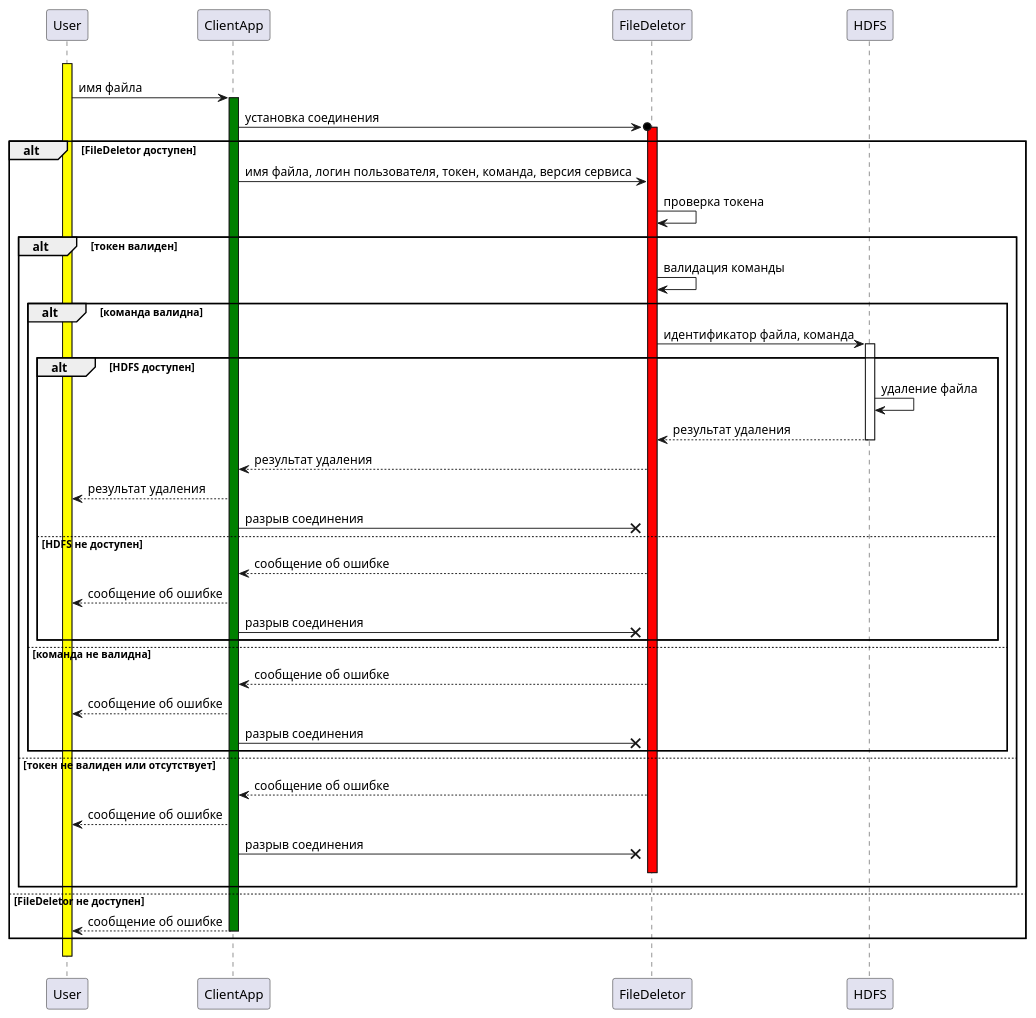
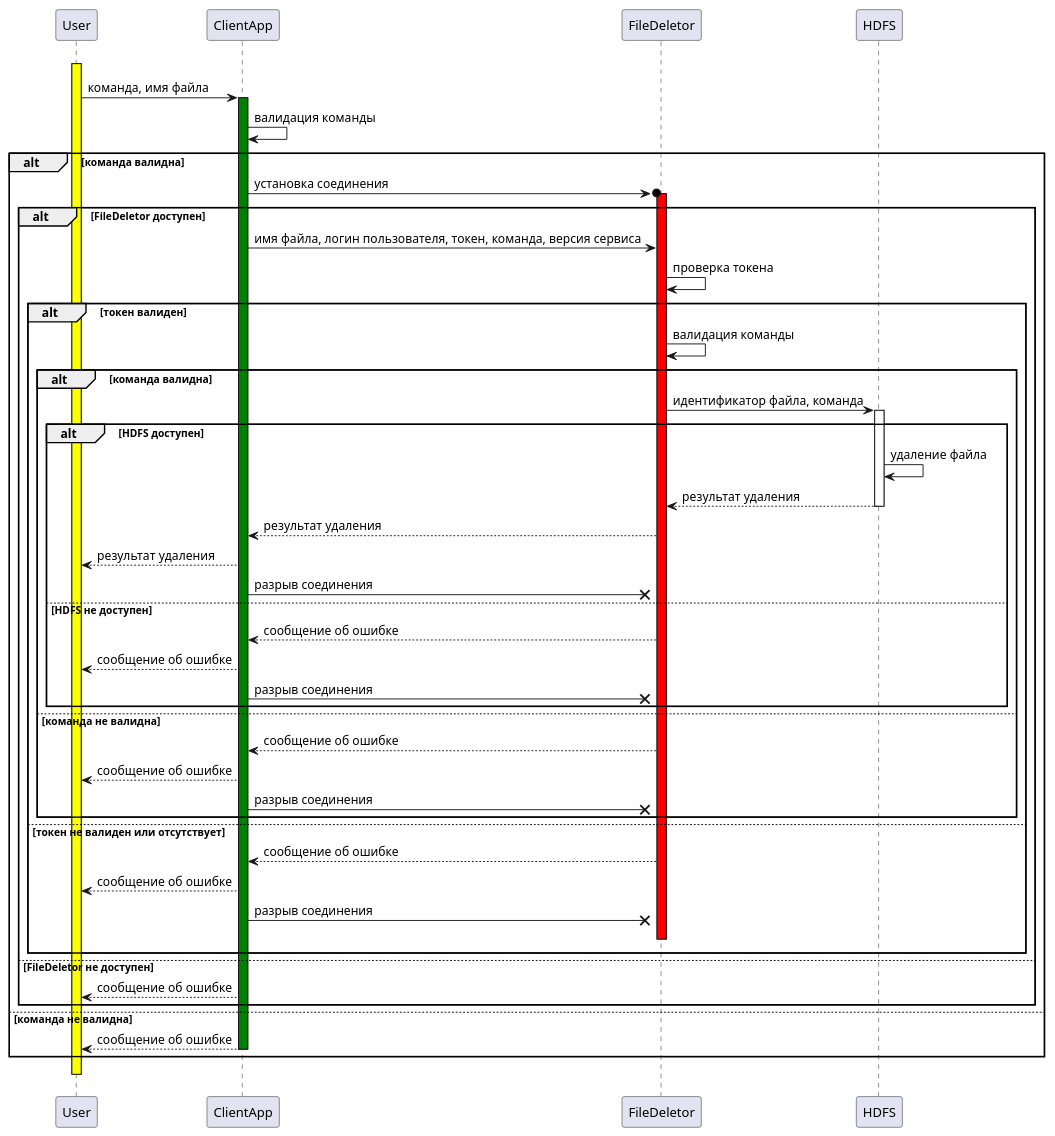
Before and after one commit to sberdyshev/java-file-handling: the diagram in docs/uml/sequence diagrams/deleteFileSequenceDiagram.puml, drawn with PlantUML. The commit also changed 5 other files, not shown here.

Commit message:
Added command format description, fixed diagrams

```diff
--- a/docs/uml/sequence diagrams/deleteFileSequenceDiagram.puml
+++ b/docs/uml/sequence diagrams/deleteFileSequenceDiagram.puml
@@ -1,42 +1,46 @@
 @startuml
 
 User -[hidden]-> User ++ #yellow
-User -> ClientApp ++ #green: имя файла
-ClientApp ->o FileDeletor ++ #red: установка соединения
+User -> ClientApp ++ #green: команда, имя файла
+ClientApp -> ClientApp: валидация команды
 
-
-alt FileDeletor доступен
-  ClientApp -> FileDeletor: имя файла, логин пользователя, токен, команда, версия сервиса
-  FileDeletor -> FileDeletor: проверка токена
-    alt токен валиден
-      FileDeletor -> FileDeletor: валидация команды
-      alt команда валидна
-        FileDeletor -> HDFS ++ #white: идентификатор файла, команда
-        alt HDFS доступен
-          HDFS -> HDFS: удаление файла
-          HDFS --> FileDeletor  -- #white: результат удаления
-          FileDeletor --> ClientApp: результат удаления
-          ClientApp --> User: результат удаления
-          ClientApp ->x FileDeletor: разрыв соединения
-        else HDFS не доступен
-          FileDeletor --> ClientApp: сообщение об ошибке
-          ClientApp --> User: сообщение об ошибке
-          ClientApp ->x FileDeletor: разрыв соединения
-        end
+alt команда валидна
+  ClientApp ->o FileDeletor ++ #red: установка соединения
+  alt FileDeletor доступен
+      ClientApp -> FileDeletor: имя файла, логин пользователя, токен, команда, версия сервиса
+      FileDeletor -> FileDeletor: проверка токена
+      alt токен валиден
+        FileDeletor -> FileDeletor: валидация команды
+        alt команда валидна
+          FileDeletor -> HDFS ++ #white: идентификатор файла, команда
+          alt HDFS доступен
+            HDFS -> HDFS: удаление файла
+            HDFS --> FileDeletor  -- #white: результат удаления
+            FileDeletor --> ClientApp: результат удаления
+            ClientApp --> User: результат удаления
+            ClientApp ->x FileDeletor: разрыв соединения
+          else HDFS не доступен
+            FileDeletor --> ClientApp: сообщение об ошибке
+            ClientApp --> User: сообщение об ошибке
+            ClientApp ->x FileDeletor: разрыв соединения
+          end
         else команда не валидна
           FileDeletor --> ClientApp: сообщение об ошибке
           ClientApp --> User: сообщение об ошибке
           ClientApp ->x FileDeletor: разрыв соединения
         end
-    else токен не валиден или отсутствует
-      FileDeletor --> ClientApp: сообщение об ошибке
+      else токен не валиден или отсутствует
+        FileDeletor --> ClientApp: сообщение об ошибке
+        ClientApp --> User: сообщение об ошибке
+        ClientApp ->x FileDeletor: разрыв соединения
+        FileDeletor -[hidden]-> FileDeletor -- #red
+      end
+    else FileDeletor не доступен
       ClientApp --> User: сообщение об ошибке
-      ClientApp ->x FileDeletor: разрыв соединения
-      FileDeletor -[hidden]-> FileDeletor -- #red
     end
-else FileDeletor не доступен
+else команда не валидна
     ClientApp --> User -- #green: сообщение об ошибке
 end
 User -[hidden]-> User -- #yellow
 
 @enduml
```
